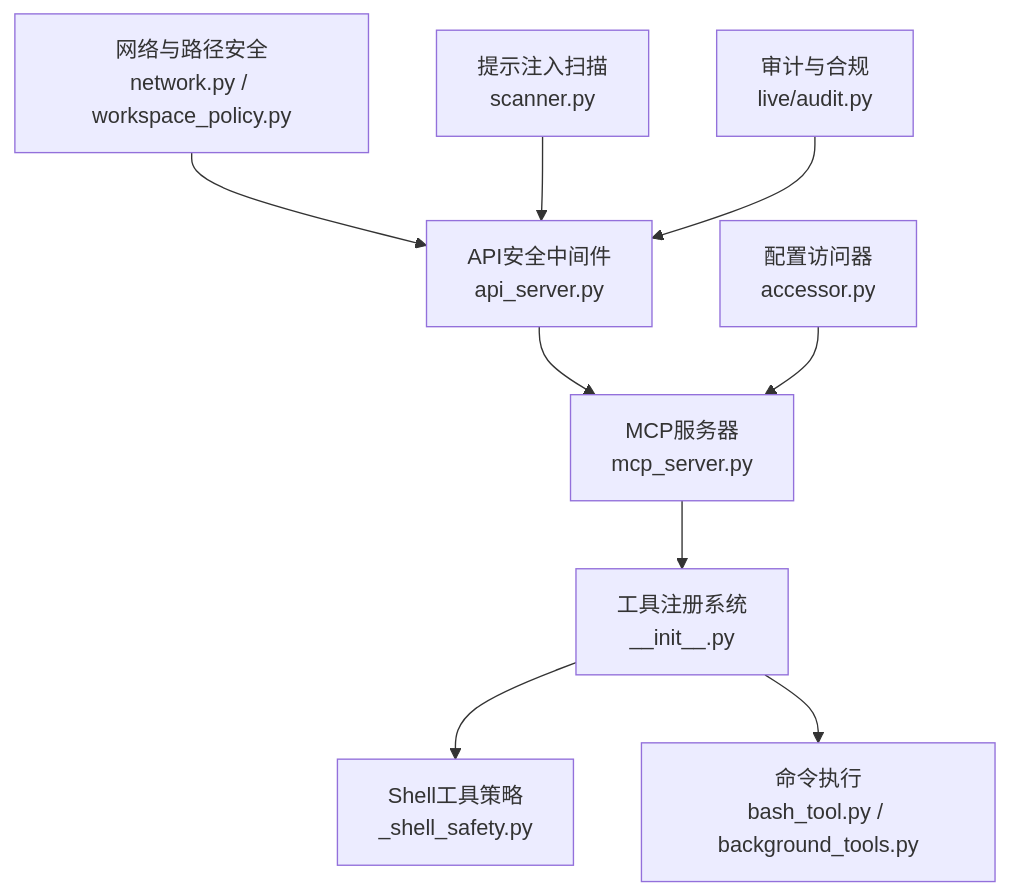
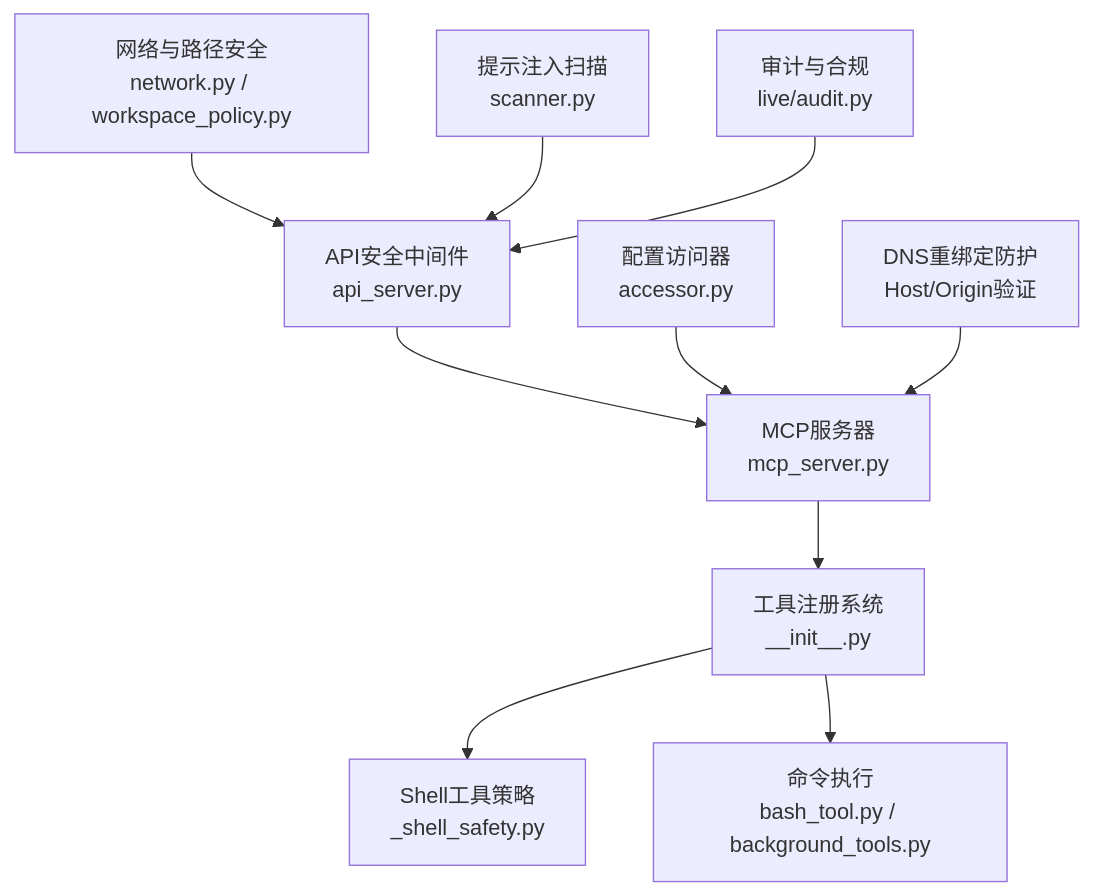
Before and after one commit to 20012002er/Vibe-Trading: the first of 6 diagrams in .qoder/repowiki/zh/content/AI代理系统/工具系统/工具安全控制.md, drawn with Mermaid. The commit also changed other lines of this file and 67 other files, not shown here.

````diff
--- a/.qoder/repowiki/zh/content/AI代理系统/工具系统/工具安全控制.md
+++ b/.qoder/repowiki/zh/content/AI代理系统/工具系统/工具安全控制.md
@@ -53,11 +57,12 @@
 ```mermaid
 graph TB
 A["工具注册系统<br/>__init__.py"] --> B["Shell工具策略<br/>_shell_safety.py"]
 A --> C["命令执行<br/>bash_tool.py / background_tools.py"]
 D["MCP服务器<br/>mcp_server.py"] --> A
 E["API安全中间件<br/>api_server.py"] --> D
 F["网络与路径安全<br/>network.py / workspace_policy.py"] --> E
 G["提示注入扫描<br/>scanner.py"] --> E
 H["审计与合规<br/>live/audit.py"] --> E
 I["配置访问器<br/>accessor.py"] --> D
+J["DNS重绑定防护<br/>Host/Origin验证"] --> D
 ```
````
